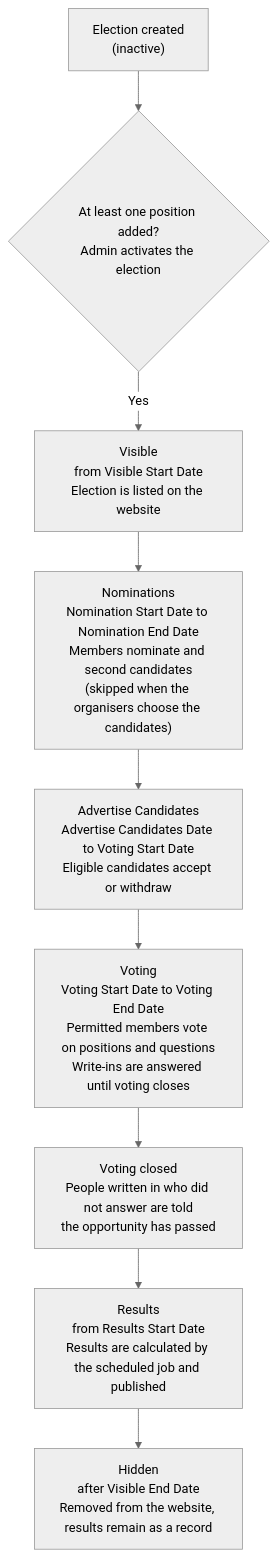
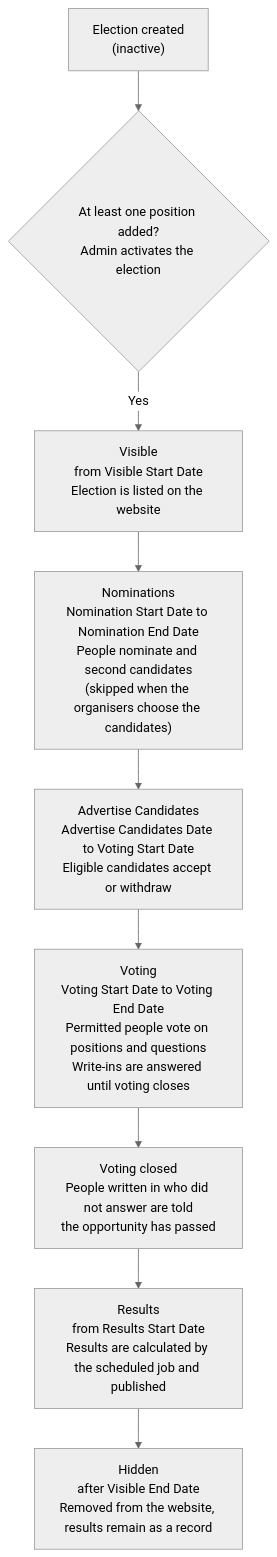
The first of 8 diagrams in docs/workflows.md (agileware/au.com.agileware.elections), drawn with Mermaid (neutral theme) before and after one commit. The commit also changed other lines of this file and 21 other files, not shown here.

Commit message:
Say people instead of members everywhere a person reads; check for it in the build

````diff
--- a/docs/workflows.md
+++ b/docs/workflows.md
@@ -9,11 +9,11 @@
 ```mermaid
 flowchart TD
     A["Election created<br/>(inactive)"] --> B{"At least one position added?<br/>Admin activates the election"}
     B -->|Yes| C["Visible<br/>from Visible Start Date<br/>Election is listed on the website"]
-    C --> D["Nominations<br/>Nomination Start Date to Nomination End Date<br/>Members nominate and second candidates<br/>(skipped when the organisers choose the candidates)"]
+    C --> D["Nominations<br/>Nomination Start Date to Nomination End Date<br/>People nominate and second candidates<br/>(skipped when the organisers choose the candidates)"]
     D --> E["Advertise Candidates<br/>Advertise Candidates Date to Voting Start Date<br/>Eligible candidates accept or withdraw"]
-    E --> F["Voting<br/>Voting Start Date to Voting End Date<br/>Permitted members vote on positions and questions<br/>Write-ins are answered until voting closes"]
+    E --> F["Voting<br/>Voting Start Date to Voting End Date<br/>Permitted people vote on positions and questions<br/>Write-ins are answered until voting closes"]
     F --> G["Voting closed<br/>People written in who did not answer are told<br/>the opportunity has passed"]
     G --> H["Results<br/>from Results Start Date<br/>Results are calculated by the scheduled job and published"]
     H --> I["Hidden<br/>after Visible End Date<br/>Removed from the website, results remain as a record"]
 ```
````
